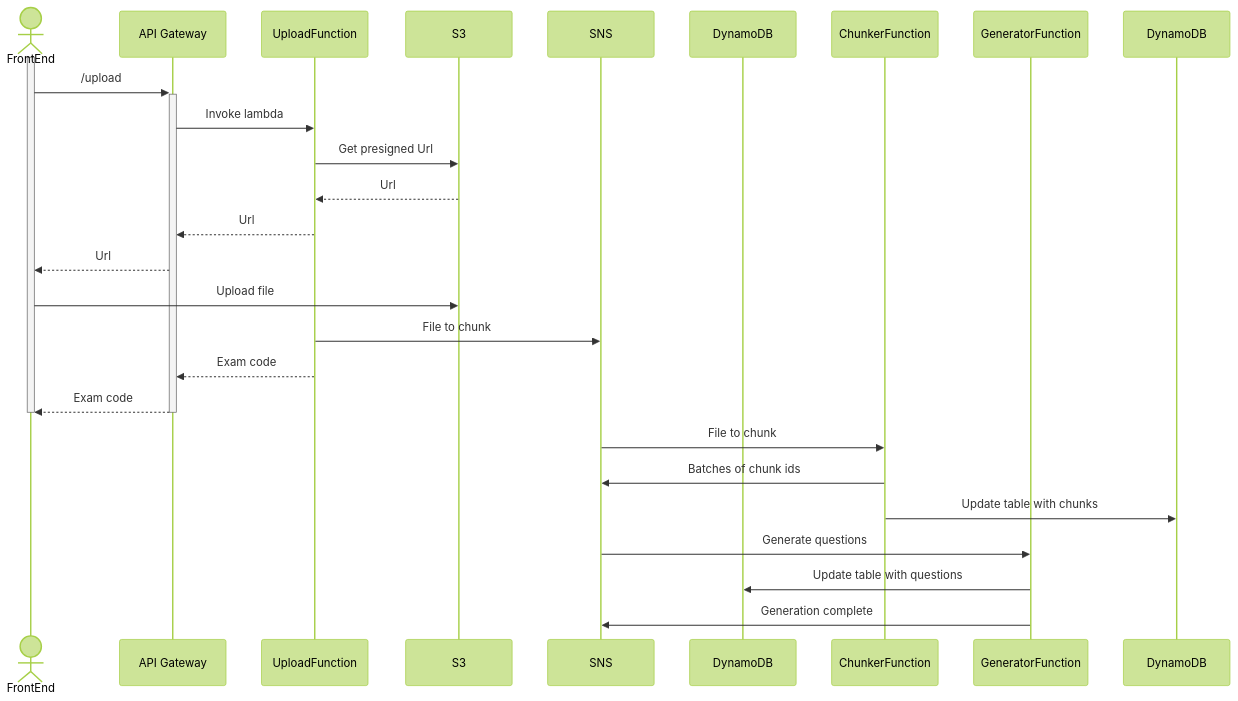
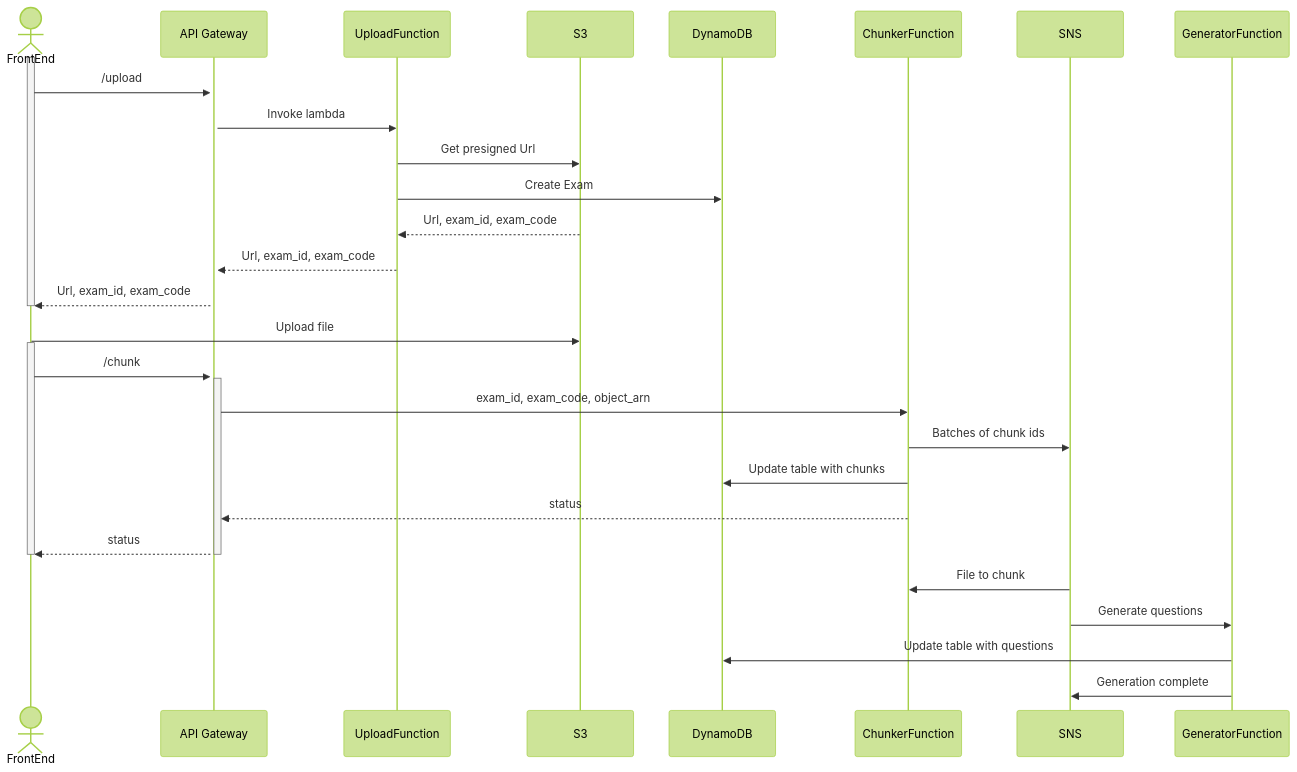
One commit to rajkorde/ExamGPTCloud changed the diagram in examgpt-backend/assets/sequence_diagram.md. Above: the diagram before and after it, drawn with Mermaid (forest theme). The commit also changed 34 other files, not shown here.

Commit message:
changed upload function code to generate exam code

````diff
--- a/examgpt-backend/assets/sequence_diagram.md
+++ b/examgpt-backend/assets/sequence_diagram.md
@@ -1,33 +1,42 @@
 ```mermaid
 sequenceDiagram
   actor fe as FrontEnd
   participant ag as API Gateway
   participant uf as UploadFunction
   participant S3
-  participant SNS
   participant ddb as DynamoDB
   participant cf as ChunkerFunction
+  participant SNS
   participant gf as GeneratorFunction
 
-
+  # Upload file - Get presigned URL
   activate fe
   fe ->>+ ag: /upload
   ag ->> uf: Invoke lambda
   uf ->> S3: Get presigned Url
-  S3 -->> uf: Url
-  uf -->> ag: Url
-  ag -->> fe: Url
+  uf ->> ddb: Create Exam
+  S3 -->> uf: Url, exam_id, exam_code
+  uf -->> ag: Url, exam_id, exam_code
+  ag -->> fe: Url, exam_id, exam_code
+  deactivate fe
+
+  # Upload file - Upload to presigned URL
   fe ->> S3: Upload file
-  uf ->> SNS: File to chunk
-  uf -->> ag: Exam code
-  ag -->>- fe: Exam code
+
+  # Chunk File
+  activate fe
+  fe ->>+ ag: /chunk
+  ag ->> cf: exam_id, exam_code, object_arn
+  cf ->> SNS: Batches of chunk ids
+  cf ->> ddb: Update table with chunks
+  cf -->> ag: status
+  ag -->>-fe: status
   deactivate fe
 
   SNS ->> cf: File to chunk
-  cf ->> SNS: Batches of chunk ids
-  cf ->> DynamoDB: Update table with chunks
+
 
   SNS ->> gf: Generate questions
   gf ->> ddb: Update table with questions
   gf ->> SNS: Generation complete
 ```
````
